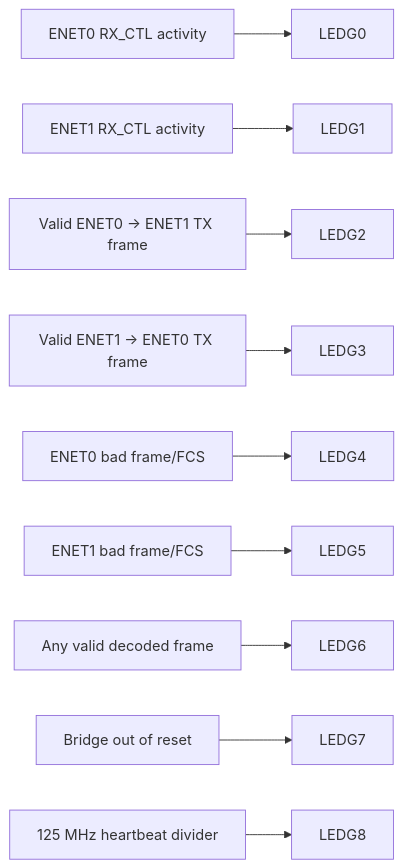
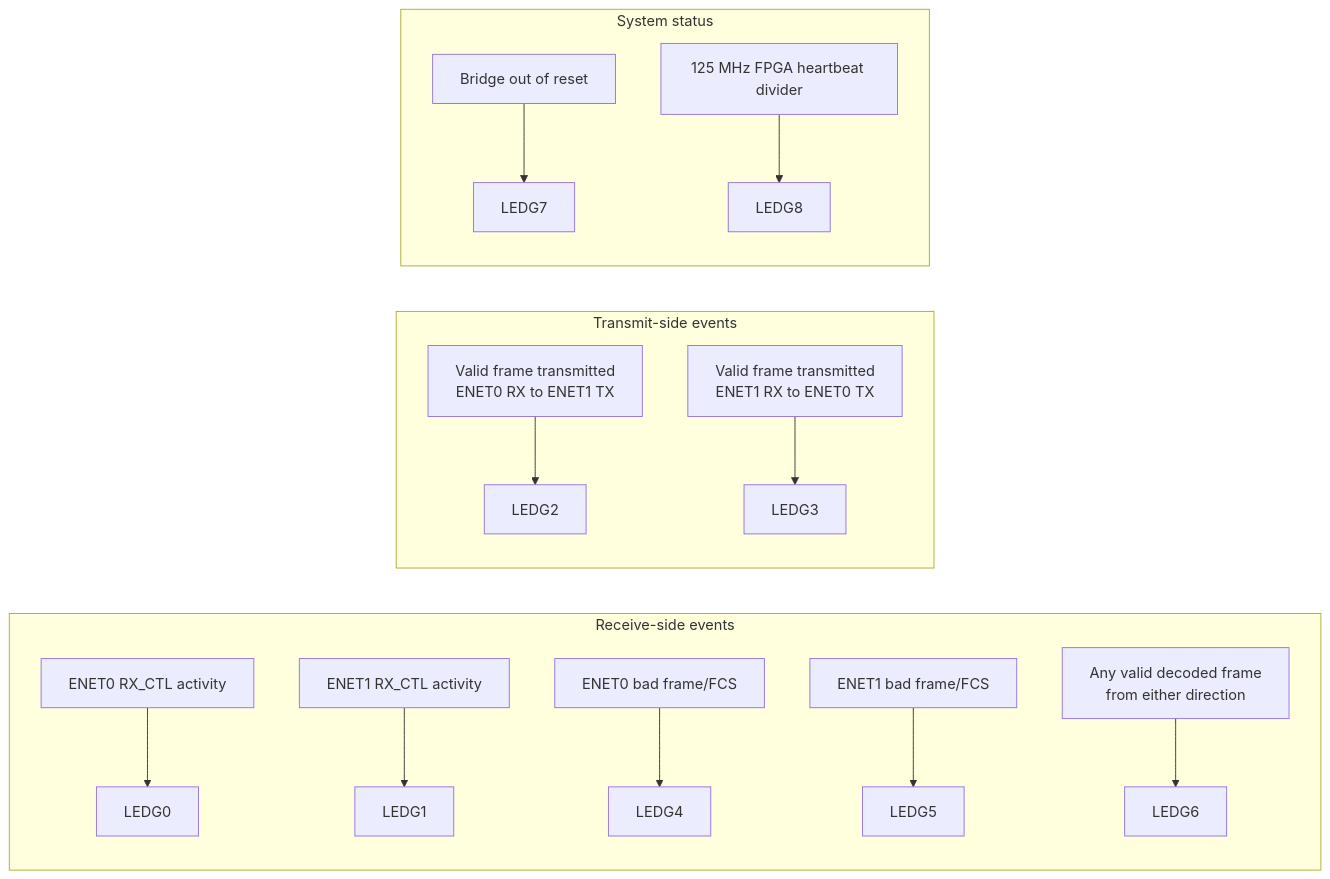
One commit to TheMohammadKhalil/fpga-based-network-firewall changed the fifth of 5 diagrams in docs/code_flowchart.md. Above: the diagram before and after it, drawn with Mermaid. The commit also changed other lines of this file and 4 other files, not shown here.

Commit message:
flowchart edits

````diff
--- a/docs/code_flowchart.md
+++ b/docs/code_flowchart.md
@@ -115,12 +136,20 @@
 ```mermaid
 flowchart LR
-    RAW0[ENET0 RX_CTL activity] --> LEDG0[LEDG0]
-    RAW1[ENET1 RX_CTL activity] --> LEDG1[LEDG1]
-    TX01[Valid ENET0 -> ENET1 TX frame] --> LEDG2[LEDG2]
-    TX10[Valid ENET1 -> ENET0 TX frame] --> LEDG3[LEDG3]
-    BAD0[ENET0 bad frame/FCS] --> LEDG4[LEDG4]
-    BAD1[ENET1 bad frame/FCS] --> LEDG5[LEDG5]
-    GOOD[Any valid decoded frame] --> LEDG6[LEDG6]
-    READY[Bridge out of reset] --> LEDG7[LEDG7]
-    HEARTBEAT[125 MHz heartbeat divider] --> LEDG8[LEDG8]
+    subgraph RX_EVENTS["Receive-side events"]
+        RAW0[ENET0 RX_CTL activity] --> LEDG0[LEDG0]
+        RAW1[ENET1 RX_CTL activity] --> LEDG1[LEDG1]
+        BAD0[ENET0 bad frame/FCS] --> LEDG4[LEDG4]
+        BAD1[ENET1 bad frame/FCS] --> LEDG5[LEDG5]
+        GOOD[Any valid decoded frame<br/>from either direction] --> LEDG6[LEDG6]
+    end
+
+    subgraph TX_EVENTS["Transmit-side events"]
+        TX01[Valid frame transmitted<br/>ENET0 RX to ENET1 TX] --> LEDG2[LEDG2]
+        TX10[Valid frame transmitted<br/>ENET1 RX to ENET0 TX] --> LEDG3[LEDG3]
+    end
+
+    subgraph SYSTEM_EVENTS["System status"]
+        READY[Bridge out of reset] --> LEDG7[LEDG7]
+        HEARTBEAT[125 MHz FPGA heartbeat divider] --> LEDG8[LEDG8]
+    end
 ```
````
